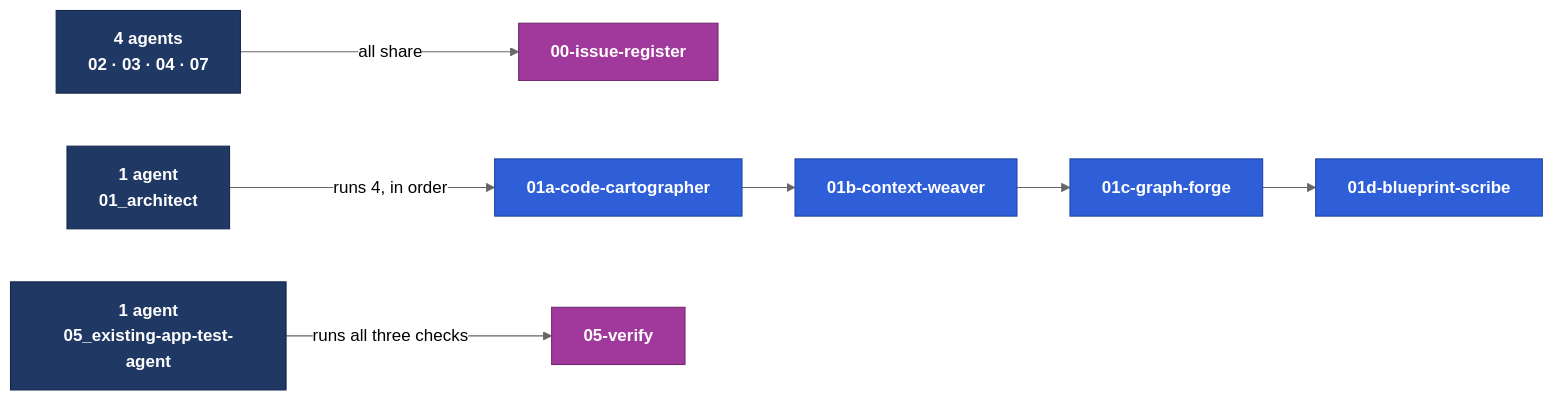
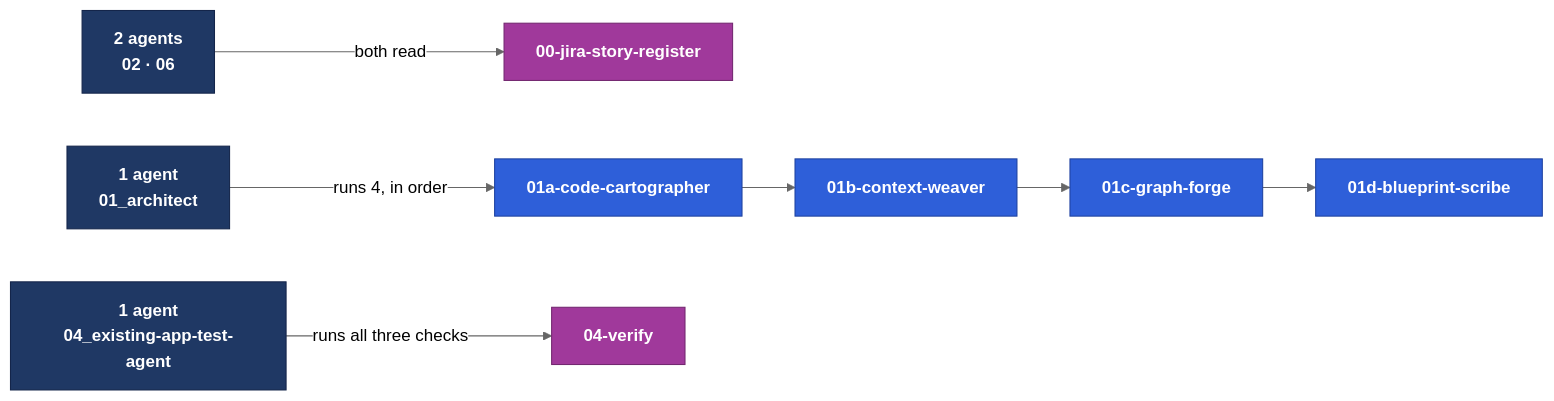
The second of 5 diagrams in .github/README.md (Udaradg/sample-java-project), drawn with Mermaid (neutral theme) before and after one commit. The commit also changed other lines of this file and 246 other files, not shown here.

````diff
--- a/.github/README.md
+++ b/.github/README.md
@@ -151,18 +142,18 @@
 ```mermaid
 flowchart LR
-  A0["4 agents<br/>02 · 03 · 04 · 07"] -->|"all share"| K0["00-issue-register"]
+  A0["2 agents<br/>02 · 06"] -->|"both read"| K0["00-jira-story-register"]
 
   AA["1 agent<br/>01_architect"] -->|"runs 4, in order"| K1["01a-code-cartographer"]
   K1 --> K2["01b-context-weaver"]
   K2 --> K3["01c-graph-forge"]
   K3 --> K4["01d-blueprint-scribe"]
 
-  AV["1 agent<br/>05_existing-app-test-agent"] -->|"runs all three checks"| K6["05-verify"]
+  AV["1 agent<br/>04_existing-app-test-agent"] -->|"runs all three checks"| K6["04-verify"]
 
   classDef skill fill:#2E5FD9,stroke:#1e42a0,color:#fff,font-weight:bold
   classDef agent fill:#1F3864,stroke:#14254a,color:#fff,font-weight:bold
   classDef shared fill:#A0399B,stroke:#732770,color:#fff,font-weight:bold
   class K1,K2,K3,K4 skill
   class K0,K6 shared
   class A0,AA,AV agent
 ```
````
